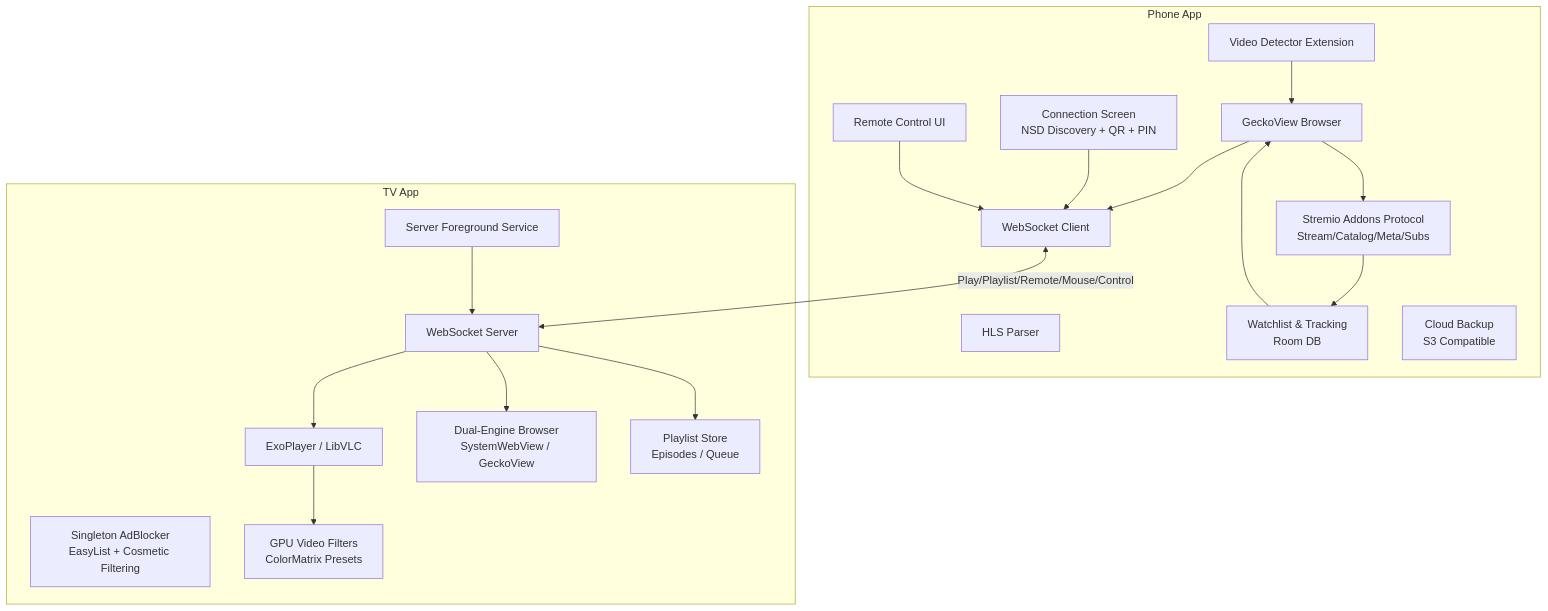
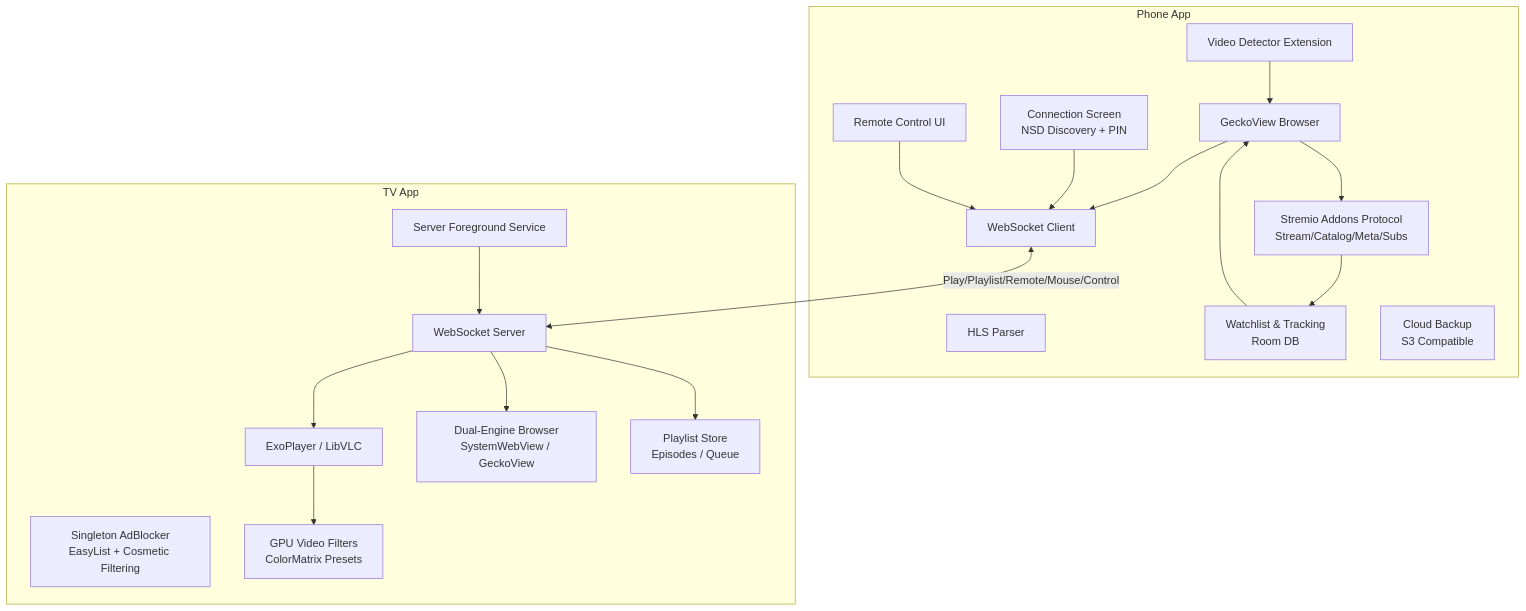
Before and after one commit to playbridgeapp/playbridge: the diagram in ARCHITECTURE.md, drawn with Mermaid. The commit also changed other lines of this file and 7 other files, not shown here.

````diff
--- a/ARCHITECTURE.md
+++ b/ARCHITECTURE.md
@@ -22,38 +22,38 @@
 ```mermaid
 graph TB
     subgraph Phone App
         Browser[GeckoView Browser]
         Extension[Video Detector Extension]
         WSClient[WebSocket Client]
-        Connection[Connection Screen<br/>NSD Discovery + QR + PIN]
+        Connection[Connection Screen<br/>NSD Discovery + PIN]
         RemoteControl[Remote Control UI]
         HLS[HLS Parser]
         Addons[Stremio Addons Protocol<br/>Stream/Catalog/Meta/Subs]
         Tracking[Watchlist & Tracking<br/>Room DB]
         Backup[Cloud Backup<br/>S3 Compatible]
     end
     
     subgraph TV App
         WSServer[WebSocket Server]
         Player[ExoPlayer / LibVLC]
         TVBrowser[Dual-Engine Browser<br/>SystemWebView / GeckoView]
         AdBlock[Singleton AdBlocker<br/>EasyList + Cosmetic Filtering]
         Filters[GPU Video Filters<br/>ColorMatrix Presets]
         PlaylistStore[Playlist Store<br/>Episodes / Queue]
         ServerSvc[Server Foreground Service]
     end
     
     Extension --> Browser
     Browser --> WSClient
     Browser --> Addons
     Addons --> Tracking
     Tracking --> Browser
     Connection --> WSClient
     RemoteControl --> WSClient
     WSClient <-->|Play/Playlist/Remote/Mouse/Control| WSServer
     ServerSvc --> WSServer
     WSServer --> Player
     WSServer --> TVBrowser
     WSServer --> PlaylistStore
     Player --> Filters
 ```
````
